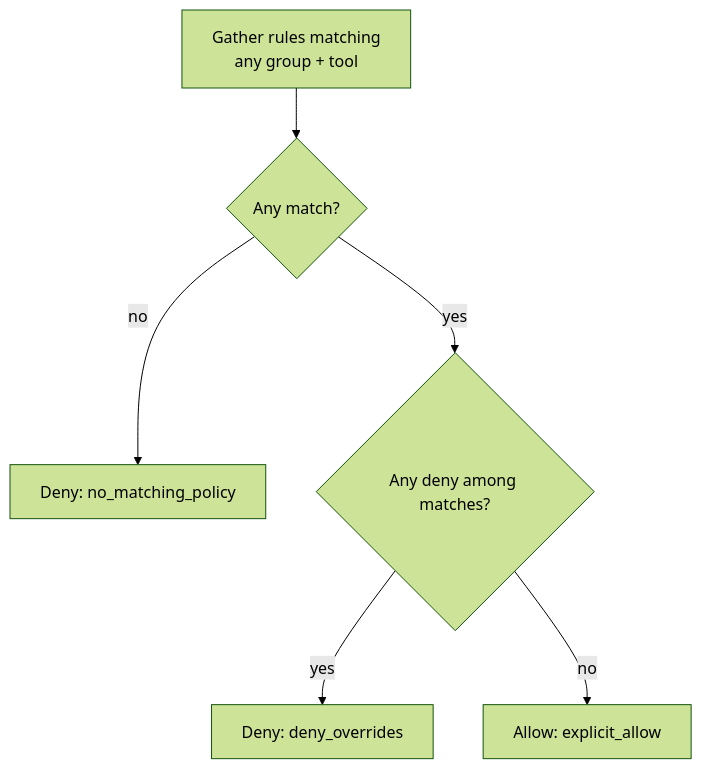
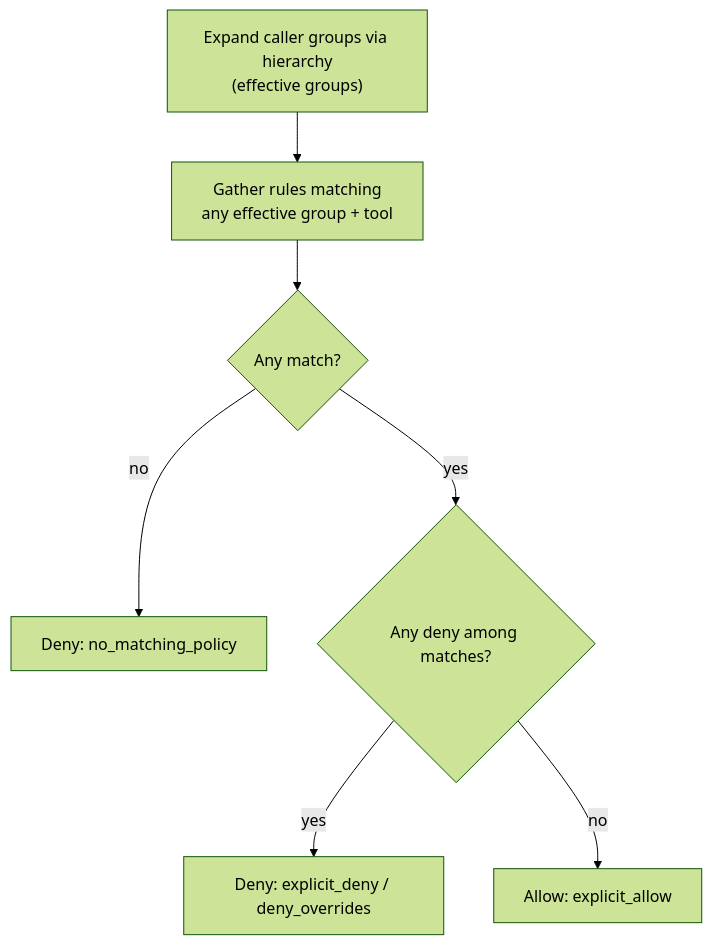
Before and after one commit to HarshKumarSharma/MCP_GATEWAY: the third of 3 diagrams in README.md, drawn with Mermaid (forest theme). The commit also changed other lines of this file and 7 other files, not shown here.

````diff
--- a/README.md
+++ b/README.md
@@ -141,8 +175,9 @@
 ```mermaid
 flowchart TD
-    A["Gather rules matching<br/>any group + tool"] --> B{"Any match?"}
+    E["Expand caller groups via hierarchy<br/>(effective groups)"] --> A["Gather rules matching<br/>any effective group + tool"]
+    A --> B{"Any match?"}
     B -- no --> DEN["Deny: no_matching_policy"]
     B -- yes --> C{"Any deny among matches?"}
-    C -- yes --> DEN2["Deny: deny_overrides"]
+    C -- yes --> DEN2["Deny: explicit_deny / deny_overrides"]
     C -- no --> ALW["Allow: explicit_allow"]
 ```
````
